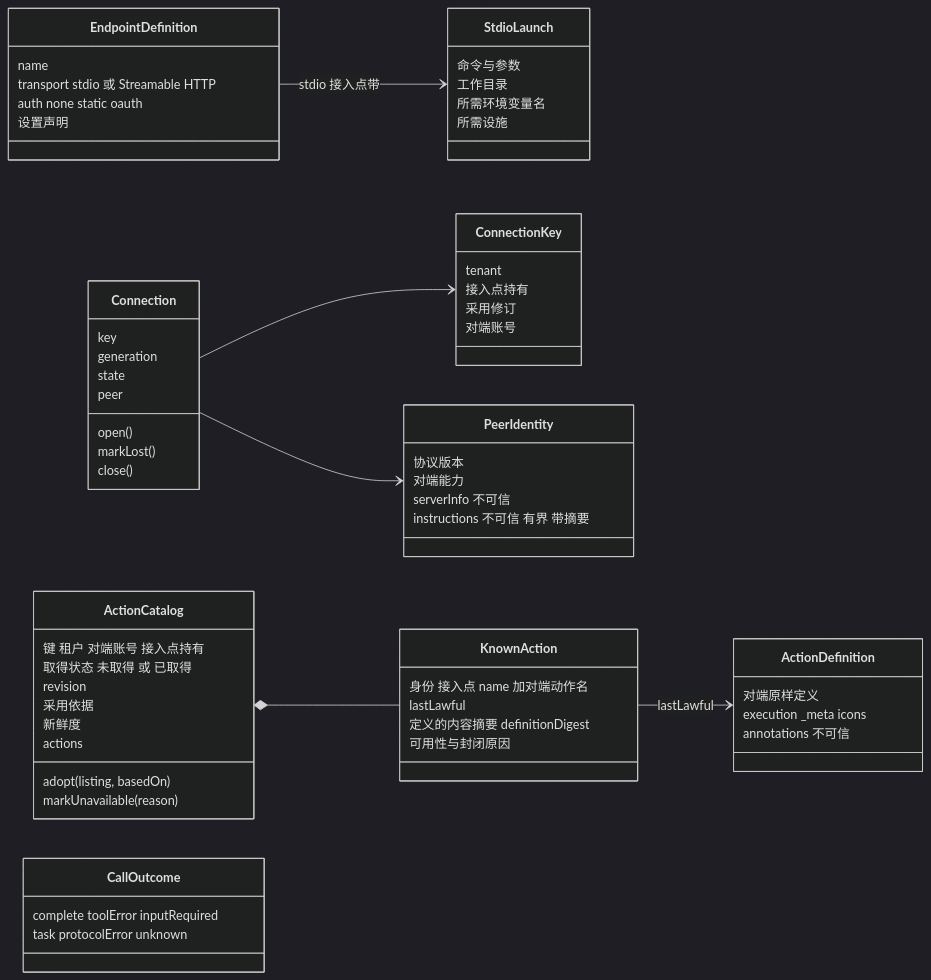
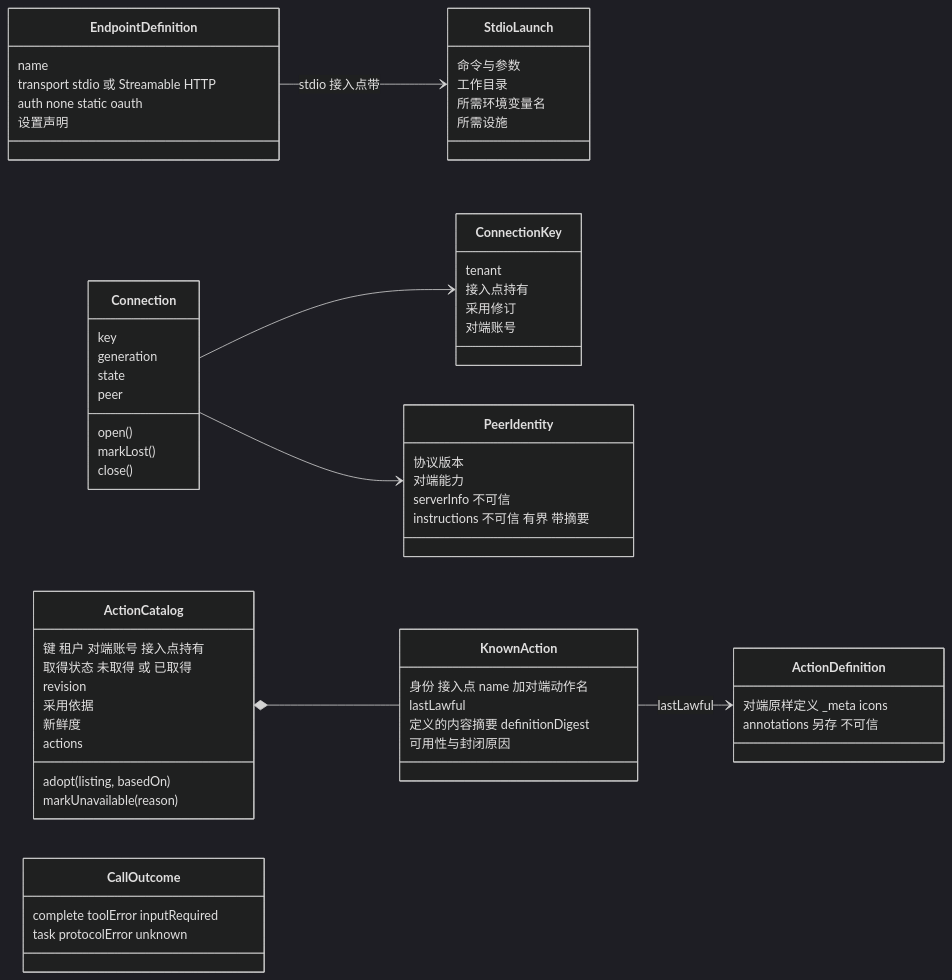
One commit to nemori-ai/omne-harness-lite changed the first of 3 diagrams in packages/mcp/docs/architecture.md. Above: the diagram before and after it, drawn with Mermaid (dark theme). The commit also changed other lines of this file and 2 other files, not shown here.

````diff
--- a/packages/mcp/docs/architecture.md
+++ b/packages/mcp/docs/architecture.md
@@ -97,67 +97,66 @@
 ```mermaid
 classDiagram
     direction LR
     class EndpointDefinition {
         name
         transport stdio 或 Streamable HTTP
         auth none static oauth
         设置声明
     }
     class StdioLaunch {
         命令与参数
         工作目录
         所需环境变量名
         所需设施
     }
     class ConnectionKey {
         tenant
         接入点持有
         采用修订
         对端账号
     }
     class Connection {
         key
         generation
         state
         peer
         open()
         markLost()
         close()
     }
     class PeerIdentity {
         协议版本
         对端能力
         serverInfo 不可信
         instructions 不可信 有界 带摘要
     }
     class ActionCatalog {
         键 租户 对端账号 接入点持有
         取得状态 未取得 或 已取得
         revision
         采用依据
         新鲜度
         actions
         adopt(listing, basedOn)
         markUnavailable(reason)
     }
     class KnownAction {
         身份 接入点 name 加对端动作名
         lastLawful
         定义的内容摘要 definitionDigest
         可用性与封闭原因
     }
     class ActionDefinition {
-        对端原样定义
-        execution _meta icons
-        annotations 不可信
+        对端原样定义 _meta icons
+        annotations 另存 不可信
     }
     class CallOutcome {
         complete toolError inputRequired
         task protocolError unknown
     }
     EndpointDefinition --> StdioLaunch : stdio 接入点带
     Connection --> ConnectionKey
     Connection --> PeerIdentity
     ActionCatalog *-- KnownAction
     KnownAction --> ActionDefinition : lastLawful
 ```
````
